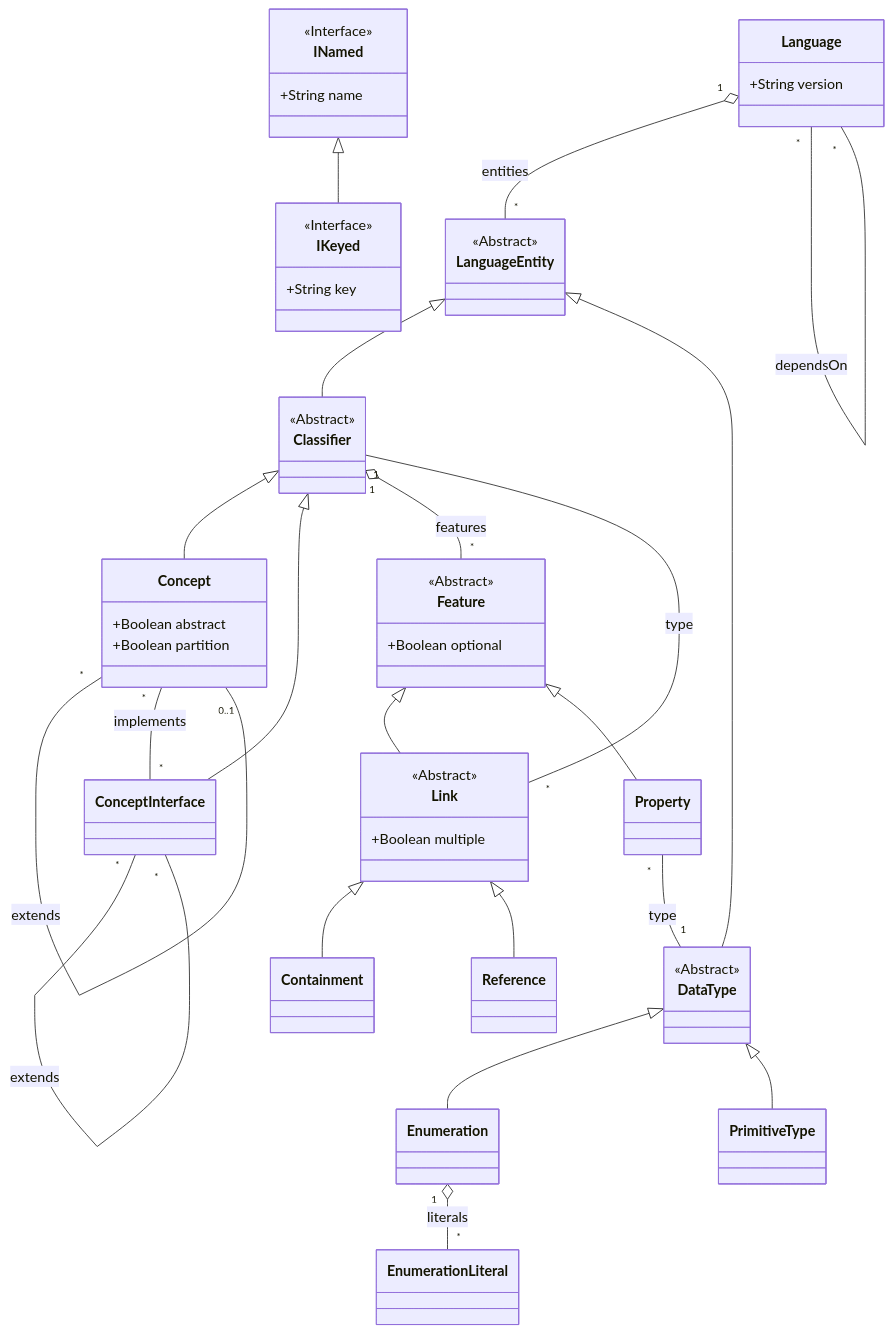
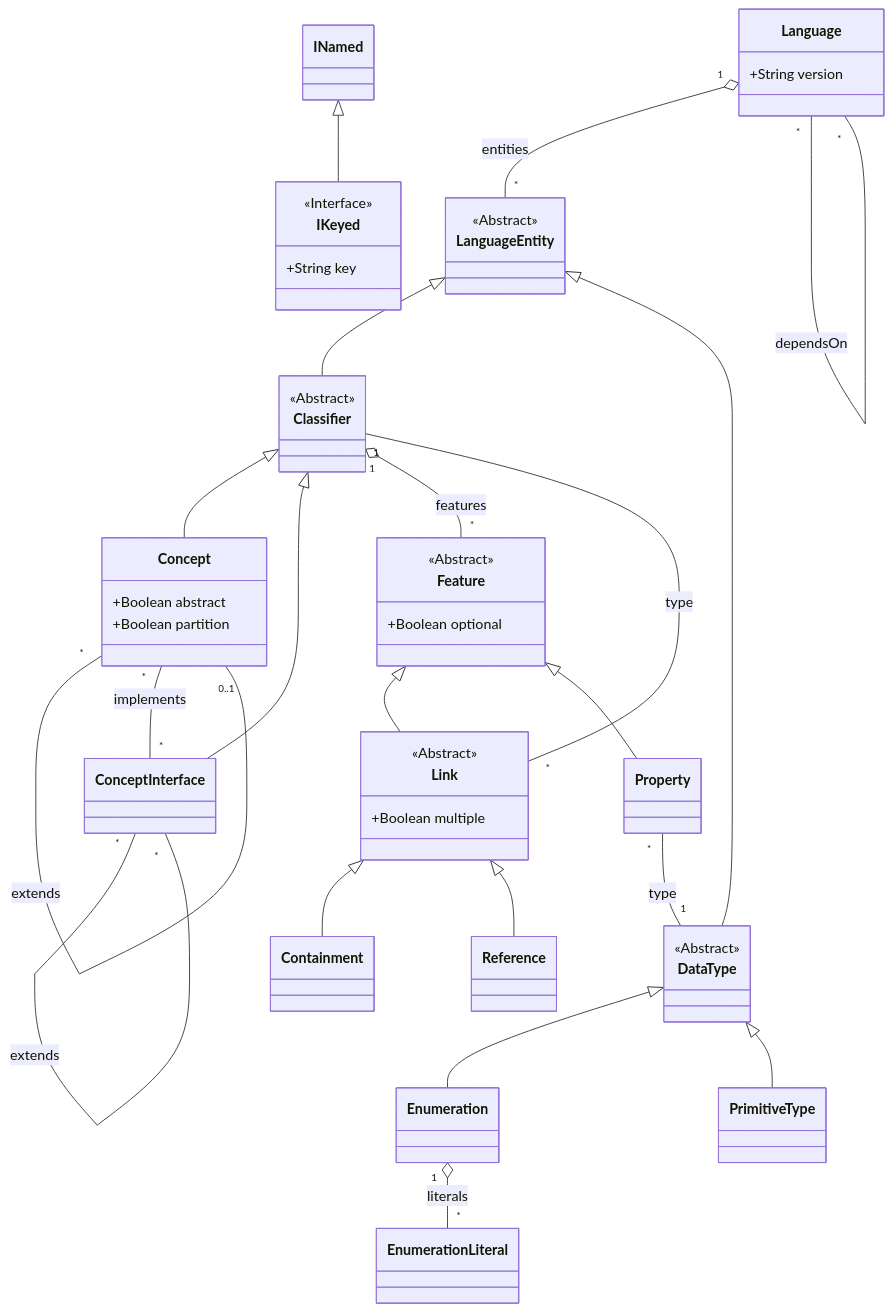
The diagram in diagrams/metametamodel-gen.md (LionWeb-io/lionweb-typescript), drawn with Mermaid before and after one commit. The commit also changed 32 other files, not shown here.

```diff
--- a/diagrams/metametamodel-gen.md
+++ b/diagrams/metametamodel-gen.md
@@ -37,11 +37,6 @@
   <<Interface>> IKeyed
   INamed <|-- IKeyed
 
-  class INamed {
-    +String name
-  }
-  <<Interface>> INamed
-
   class Language {
     +String version
   }
@@ -75,7 +70,6 @@
 
 
 
-
   Language "1" o-- "*" LanguageEntity: entities
   Language "*" -- "*" Language: dependsOn
 
```
